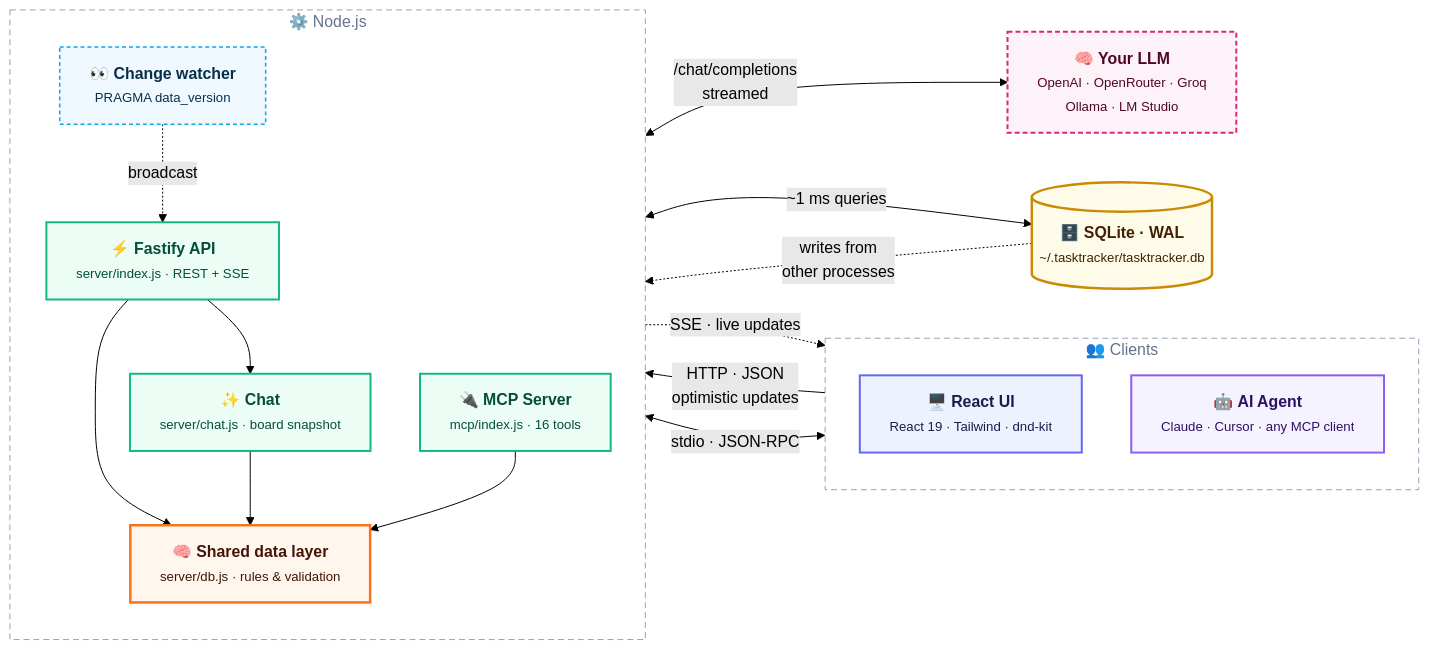
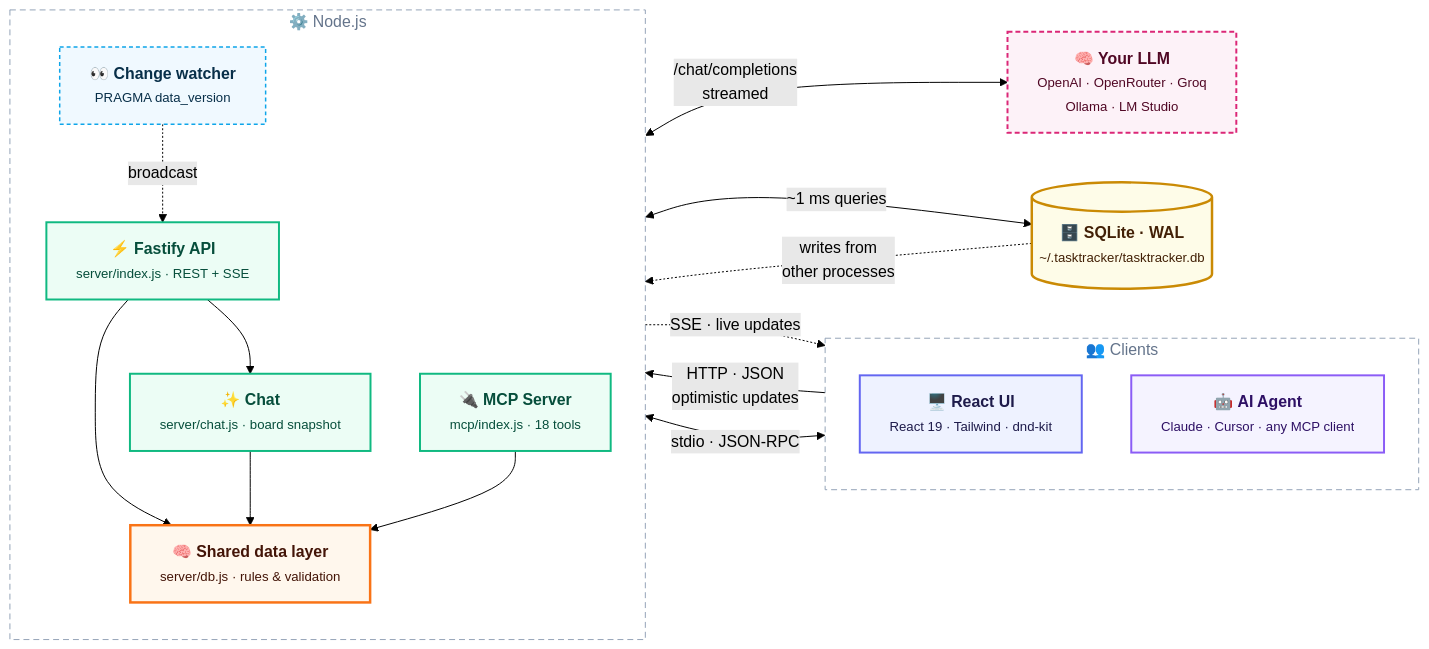
The first of 4 diagrams in README.md (Parv17k/tasktracker), drawn with Mermaid (forest theme) before and after one commit. The commit also changed other lines of this file and 21 other files, not shown here.

````diff
--- a/README.md
+++ b/README.md
@@ -261,51 +266,51 @@
 ```mermaid
 flowchart LR
     subgraph clients["&nbsp;👥 Clients&nbsp;"]
         direction TB
         UI["🖥️ <b>React UI</b><br/><small>React 19 · Tailwind · dnd-kit</small>"]
         AGENT["🤖 <b>AI Agent</b><br/><small>Claude · Cursor · any MCP client</small>"]
     end
 
     subgraph node["&nbsp;⚙️ Node.js&nbsp;"]
         direction TB
         API["⚡ <b>Fastify API</b><br/><small>server/index.js · REST + SSE</small>"]
         CHAT["✨ <b>Chat</b><br/><small>server/chat.js · board snapshot</small>"]
-        MCP["🔌 <b>MCP Server</b><br/><small>mcp/index.js · 16 tools</small>"]
+        MCP["🔌 <b>MCP Server</b><br/><small>mcp/index.js · 18 tools</small>"]
         CORE["🧠 <b>Shared data layer</b><br/><small>server/db.js · rules &amp; validation</small>"]
         WATCH["👀 <b>Change watcher</b><br/><small>PRAGMA data_version</small>"]
     end
 
     DB[("🗄️ <b>SQLite · WAL</b><br/><small>~/.tasktracker/tasktracker.db</small>")]
     LLM["🧠 <b>Your LLM</b><br/><small>OpenAI · OpenRouter · Groq<br/>Ollama · LM Studio</small>"]
 
     UI -->|"HTTP · JSON<br/>optimistic updates"| API
     API -.->|"SSE · live updates"| UI
     AGENT <-->|"stdio · JSON-RPC"| MCP
     API --> CORE
     API --> CHAT
     CHAT --> CORE
     CHAT <-->|"/chat/completions<br/>streamed"| LLM
     MCP --> CORE
     CORE <-->|"~1 ms queries"| DB
     DB -.->|"writes from<br/>other processes"| WATCH
     WATCH -.->|"broadcast"| API
 
     classDef client fill:#eef2ff,stroke:#6366f1,stroke-width:2px,color:#1e1b4b
     classDef agent fill:#f5f3ff,stroke:#8b5cf6,stroke-width:2px,color:#2e1065
     classDef server fill:#ecfdf5,stroke:#10b981,stroke-width:2px,color:#064e3b
     classDef core fill:#fff7ed,stroke:#f97316,stroke-width:2.5px,color:#431407
     classDef watch fill:#f0f9ff,stroke:#0ea5e9,stroke-width:1.5px,stroke-dasharray:4 3,color:#082f49
     classDef db fill:#fefce8,stroke:#ca8a04,stroke-width:2.5px,color:#422006
     classDef llm fill:#fdf2f8,stroke:#db2777,stroke-width:2px,stroke-dasharray:5 3,color:#500724
 
     class UI client
     class AGENT agent
     class API,MCP,CHAT server
     class CORE core
     class WATCH watch
     class DB db
     class LLM llm
 
     style clients fill:transparent,stroke:#94a3b8,stroke-width:1px,stroke-dasharray:6 4,color:#64748b
     style node fill:transparent,stroke:#94a3b8,stroke-width:1px,stroke-dasharray:6 4,color:#64748b
 ```
````
